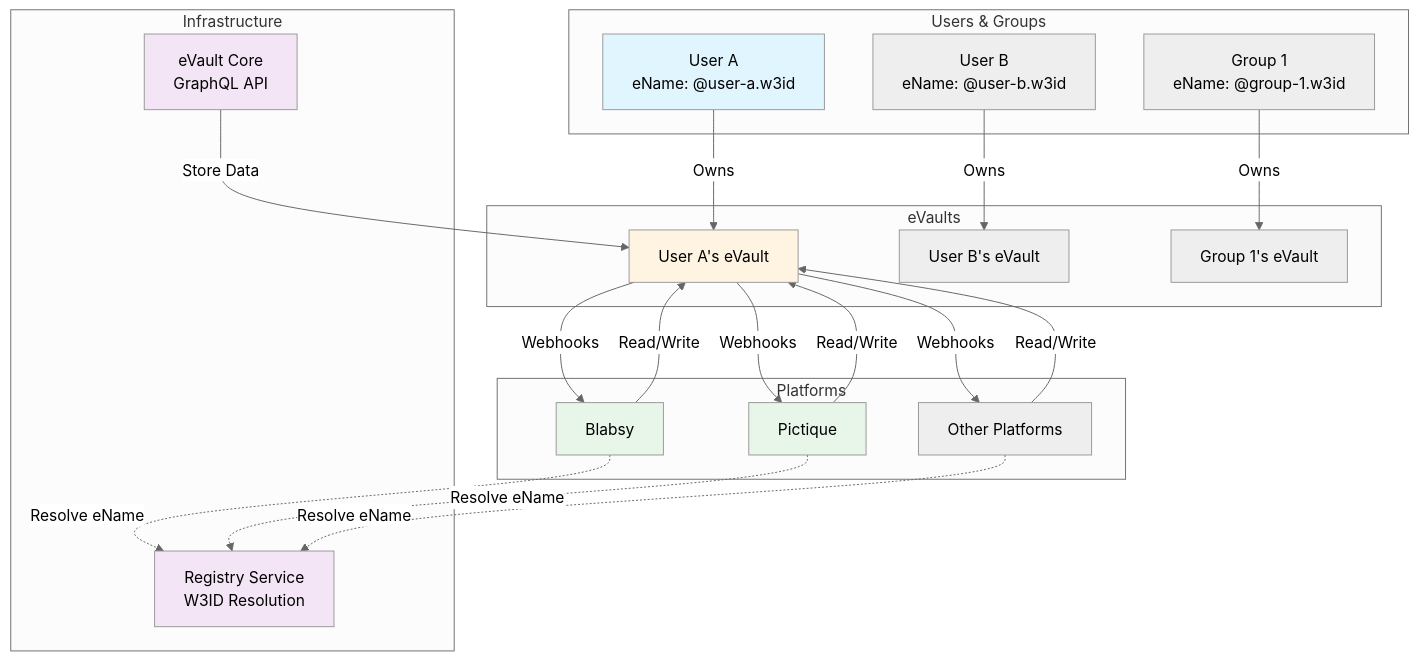
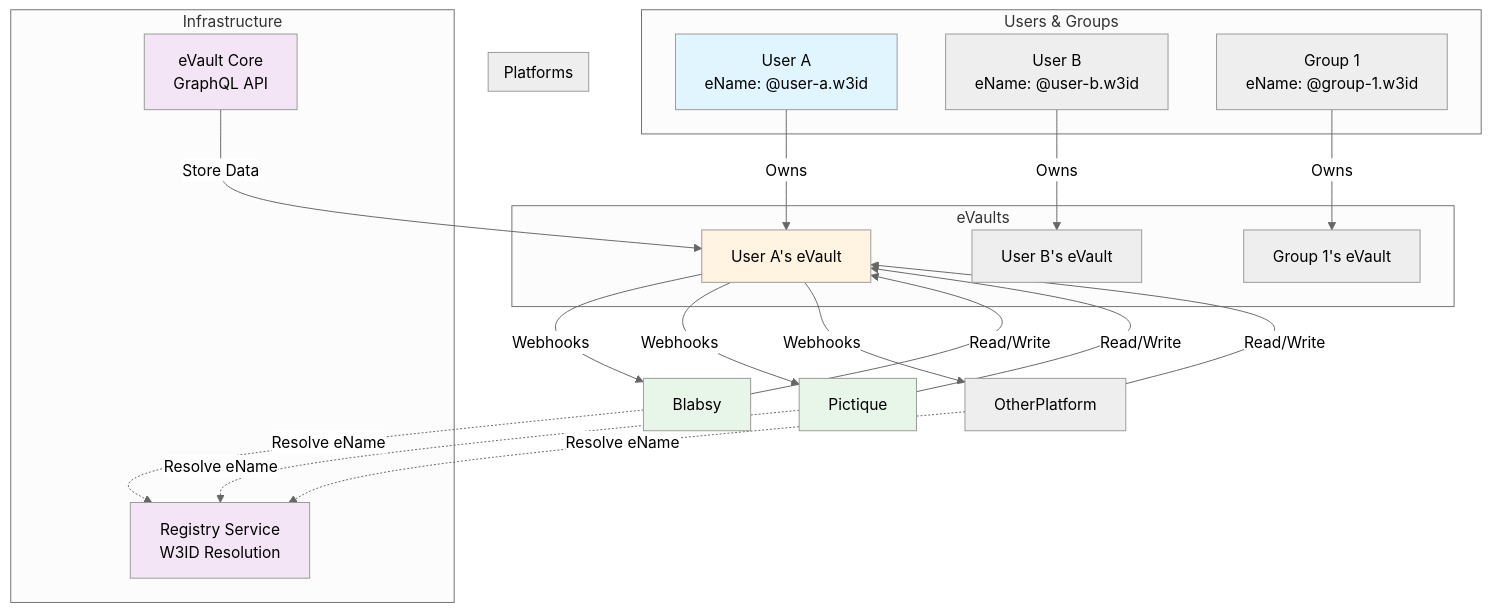
One commit to MetaState-Prototype-Project/prototype changed the first of 3 diagrams in docs/docs/Getting Started/getting-started.md. Above: the diagram before and after it, drawn with Mermaid (neutral theme). The commit also changed other lines of this file, not shown here.

````diff
--- a/docs/docs/Getting Started/getting-started.md
+++ b/docs/docs/Getting Started/getting-started.md
@@ -37,49 +36,47 @@
 ```mermaid
 graph TB
     subgraph Users["Users & Groups"]
         UserA[User A<br/>eName: @user-a.w3id]
         UserB[User B<br/>eName: @user-b.w3id]
         Group1[Group 1<br/>eName: @group-1.w3id]
     end
 
     subgraph EVaults["eVaults"]
         EVaultA[User A's eVault]
         EVaultB[User B's eVault]
         EVaultG1[Group 1's eVault]
     end
 
     subgraph Platforms["Platforms"]
-        Blabsy[Blabsy]
-        Pictique[Pictique]
-        OtherPlatform[Other Platforms]
+
     end
 
     subgraph Infrastructure["Infrastructure"]
         Registry[Registry Service<br/>W3ID Resolution]
         EVaultCore[eVault Core<br/>GraphQL API]
     end
 
     UserA -->|Owns| EVaultA
     UserB -->|Owns| EVaultB
     Group1 -->|Owns| EVaultG1
 
     Blabsy -->|Read/Write| EVaultA
     Pictique -->|Read/Write| EVaultA
     OtherPlatform -->|Read/Write| EVaultA
 
     EVaultA -->|Webhooks| Blabsy
     EVaultA -->|Webhooks| Pictique
     EVaultA -->|Webhooks| OtherPlatform
 
     Blabsy -.->|Resolve eName| Registry
     Pictique -.->|Resolve eName| Registry
     OtherPlatform -.->|Resolve eName| Registry
     EVaultCore -->|Store Data| EVaultA
 
     style UserA fill:#e1f5ff,color:#000000
     style EVaultA fill:#fff4e1,color:#000000
     style Blabsy fill:#e8f5e9,color:#000000
     style Pictique fill:#e8f5e9,color:#000000
     style Registry fill:#f3e5f5,color:#000000
     style EVaultCore fill:#f3e5f5,color:#000000
 ```
````
